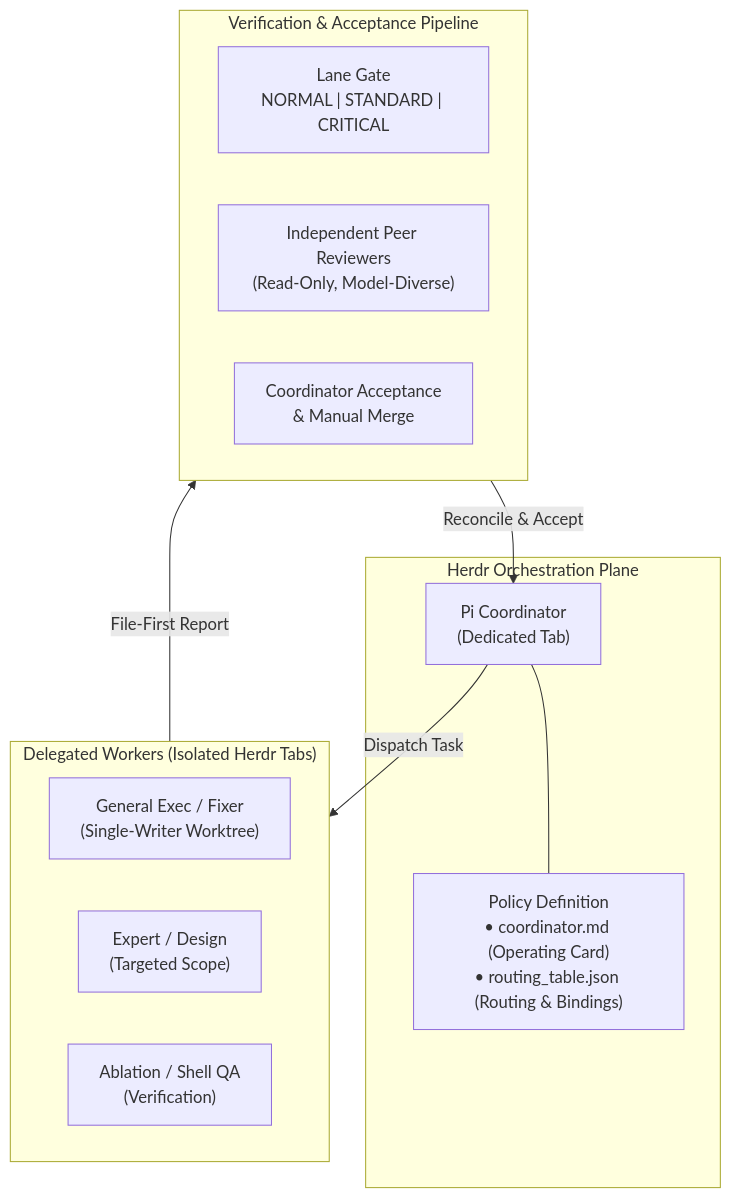
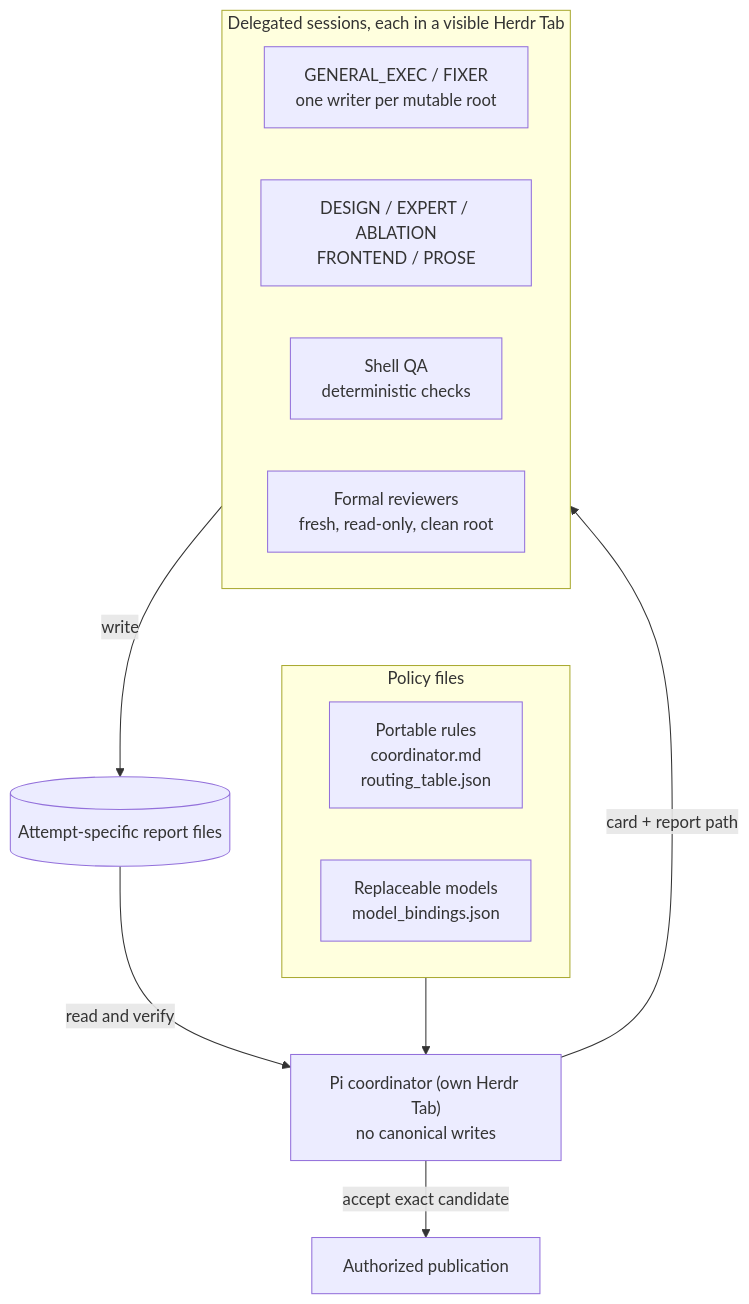
The first of 3 diagrams in README.md (minqiyang/coordination-standard), drawn with Mermaid before and after one commit. The commit also changed other lines of this file and 9 other files, not shown here.

First line of the commit message:
Release V8.0: separate portable rules from model bindings

````diff
--- a/README.md
+++ b/README.md
@@ -16,24 +26,20 @@
 ```mermaid
-flowchart TD
-    subgraph Orchestration["Herdr Orchestration Plane"]
-        Coord["Pi Coordinator\n(Dedicated Tab)"]
-        Policy["Policy Definition\n• coordinator.md (Operating Card)\n• routing_table.json (Routing & Bindings)"]
-        Coord --- Policy
+flowchart TB
+    subgraph Policy["Policy files"]
+        direction LR
+        Rules["Portable rules<br/>coordinator.md<br/>routing_table.json"]
+        Models["Replaceable models<br/>model_bindings.json"]
     end
-
-    subgraph Execution["Delegated Workers (Isolated Herdr Tabs)"]
-        W1["General Exec / Fixer\n(Single-Writer Worktree)"]
-        W2["Expert / Design\n(Targeted Scope)"]
-        W3["Ablation / Shell QA\n(Verification)"]
+    Policy --> Coord["Pi coordinator (own Herdr Tab)<br/>no canonical writes"]
+    Coord -->|"card + report path"| Workers
+    subgraph Workers["Delegated sessions, each in a visible Herdr Tab"]
+        direction LR
+        W1["GENERAL_EXEC / FIXER<br/>one writer per mutable root"]
+        W2["DESIGN / EXPERT / ABLATION<br/>FRONTEND / PROSE"]
+        W3["Shell QA<br/>deterministic checks"]
+        R["Formal reviewers<br/>fresh, read-only, clean root"]
     end
-
-    subgraph Verification["Verification & Acceptance Pipeline"]
-        Lanes["Lane Gate\nNORMAL | STANDARD | CRITICAL"]
-        Review["Independent Peer Reviewers\n(Read-Only, Model-Diverse)"]
-        Accept["Coordinator Acceptance\n& Manual Merge"]
-    end
-
-    Coord -->|"Dispatch Task"| Execution
-    Execution -->|"File-First Report"| Verification
-    Verification -->|"Reconcile & Accept"| Coord
+    Workers -->|"write"| Reports[("Attempt-specific report files")]
+    Reports -->|"read and verify"| Coord
+    Coord -->|"accept exact candidate"| Result["Authorized publication"]
 ```
````
